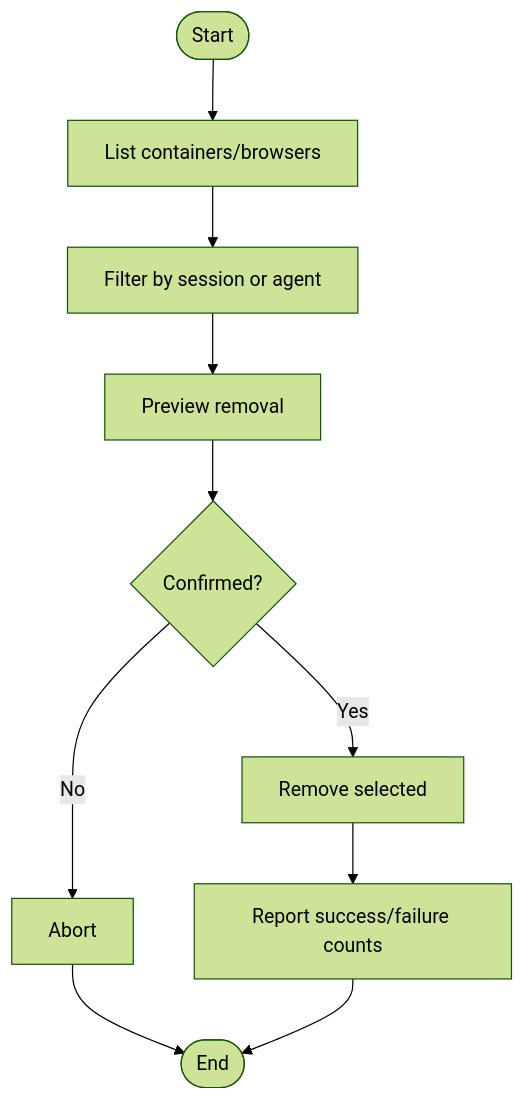
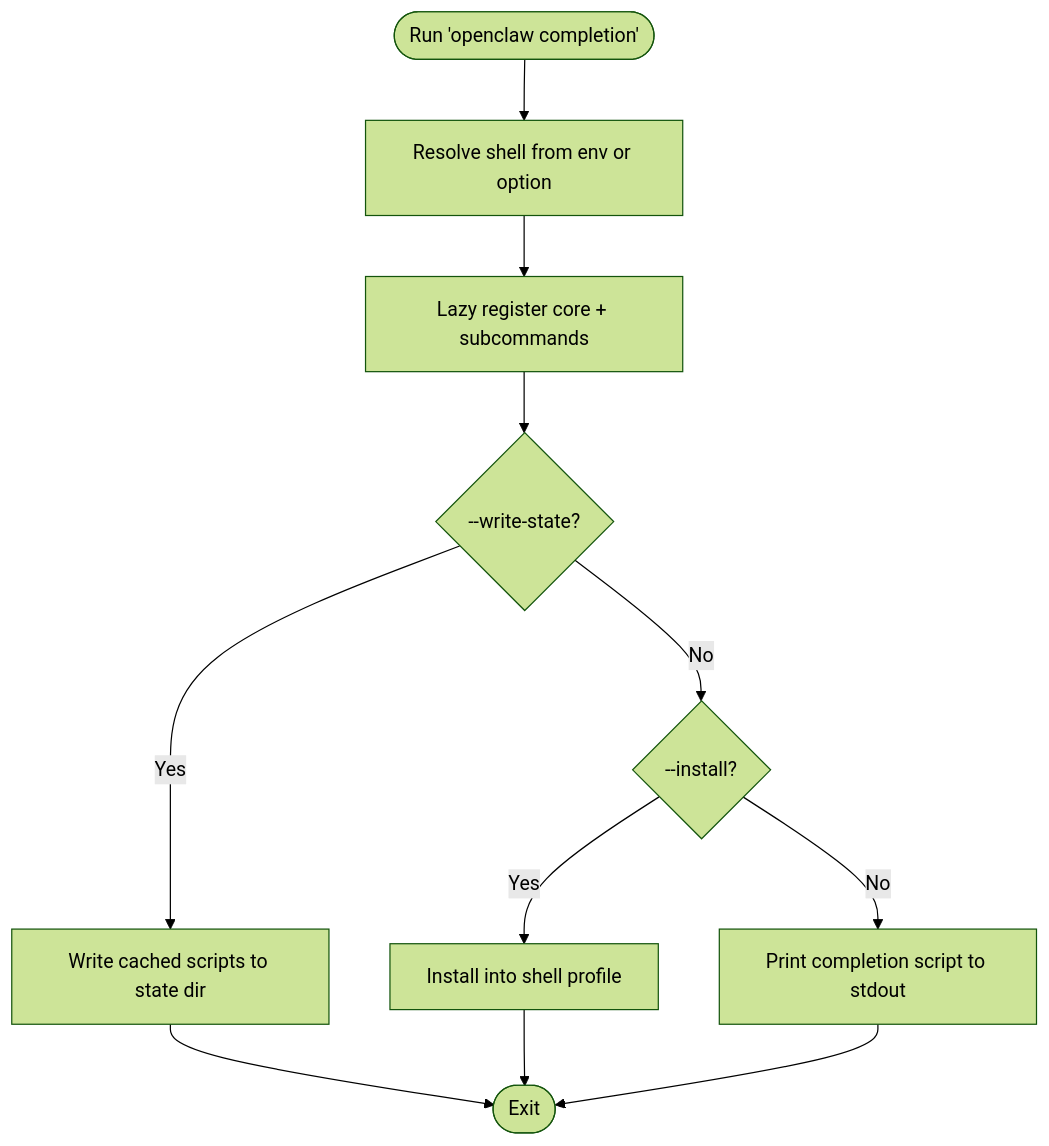
Before and after one commit to botx-work/OpenClaw-Internals: the third of 6 diagrams in repowiki/en/content/CLI Interface/Utility Commands.md, drawn with Mermaid (forest theme). The commit also changed other lines of this file and 332 other files, not shown here.

````diff
--- a/repowiki/en/content/CLI Interface/Utility Commands.md
+++ b/repowiki/en/content/CLI Interface/Utility Commands.md
@@ -293,12 +145,13 @@
 ```mermaid
 flowchart TD
-S(["Start"]) --> List["List containers/browsers"]
-List --> Filter["Filter by session or agent"]
-Filter --> Preview["Preview removal"]
-Preview --> Confirm{"Confirmed?"}
-Confirm --> |No| Abort["Abort"]
-Confirm --> |Yes| Remove["Remove selected"]
-Remove --> Report["Report success/failure counts"]
-Abort --> End(["End"])
-Report --> End
+Start(["Run 'openclaw completion'"]) --> CheckShell["Resolve shell from env or option"]
+CheckShell --> Register["Lazy register core + subcommands"]
+Register --> Decision{"--write-state?"}
+Decision --> |Yes| Write["Write cached scripts to state dir"]
+Decision --> |No| Install{"--install?"}
+Install --> |Yes| InstallFlow["Install into shell profile"]
+Install --> |No| Print["Print completion script to stdout"]
+Write --> End(["Exit"])
+InstallFlow --> End
+Print --> End
 ```
````
